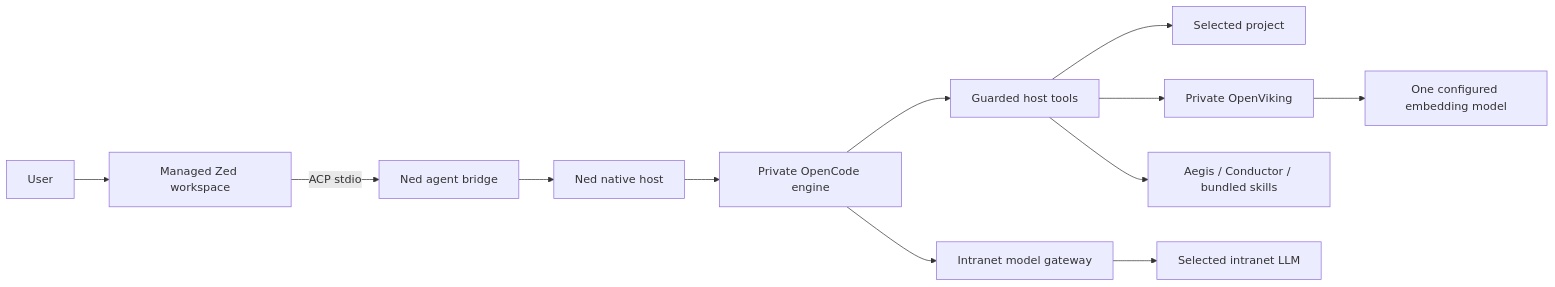
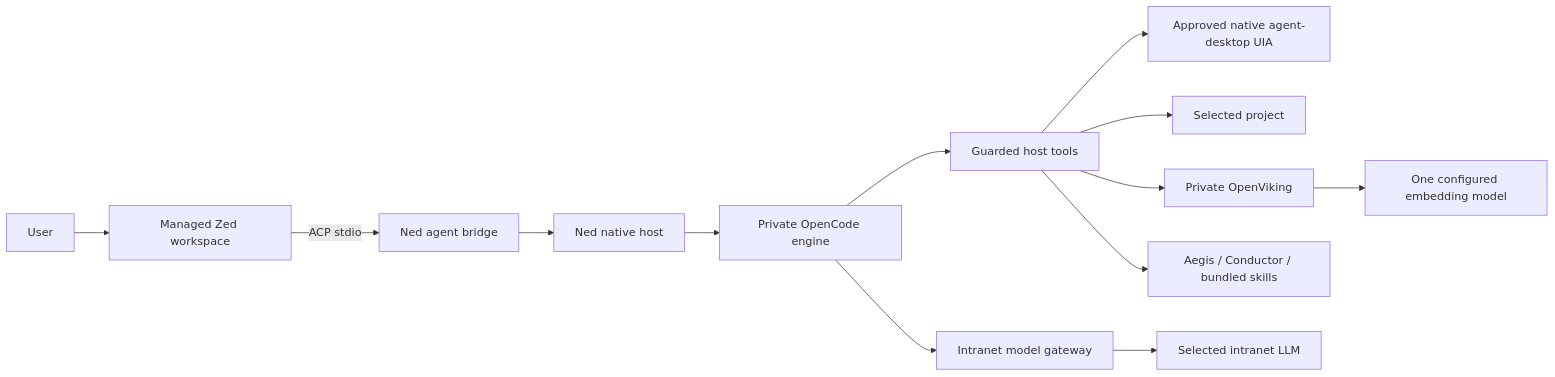
The diagram in docs/ned-architecture.md (SungKyu-Kim39/AgentHarness), drawn with Mermaid before and after one commit. The commit also changed other lines of this file and 61 other files, not shown here.

````diff
--- a/docs/ned-architecture.md
+++ b/docs/ned-architecture.md
@@ -9,14 +9,15 @@
 ```mermaid
 flowchart LR
   User --> Zed[Managed Zed workspace]
   Zed -->|ACP stdio| Bridge[Ned agent bridge]
   Bridge --> Host[Ned native host]
   Host --> Engine[Private OpenCode engine]
   Engine --> Broker[Guarded host tools]
+  Broker --> Desktop[Approved native agent-desktop UIA]
   Broker --> Project[Selected project]
   Broker --> Knowledge[Private OpenViking]
   Broker --> Packs[Aegis / Conductor / bundled skills]
   Engine --> Gateway[Intranet model gateway]
   Knowledge --> Embedding[One configured embedding model]
   Gateway --> Qwen[Selected intranet LLM]
 ```
````
